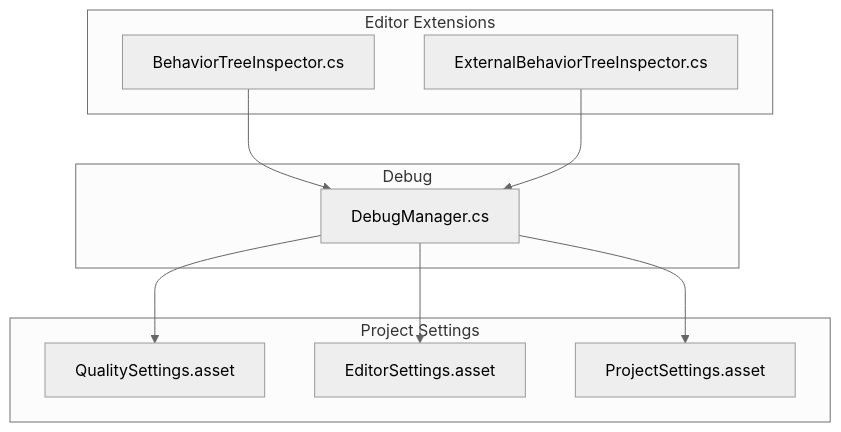
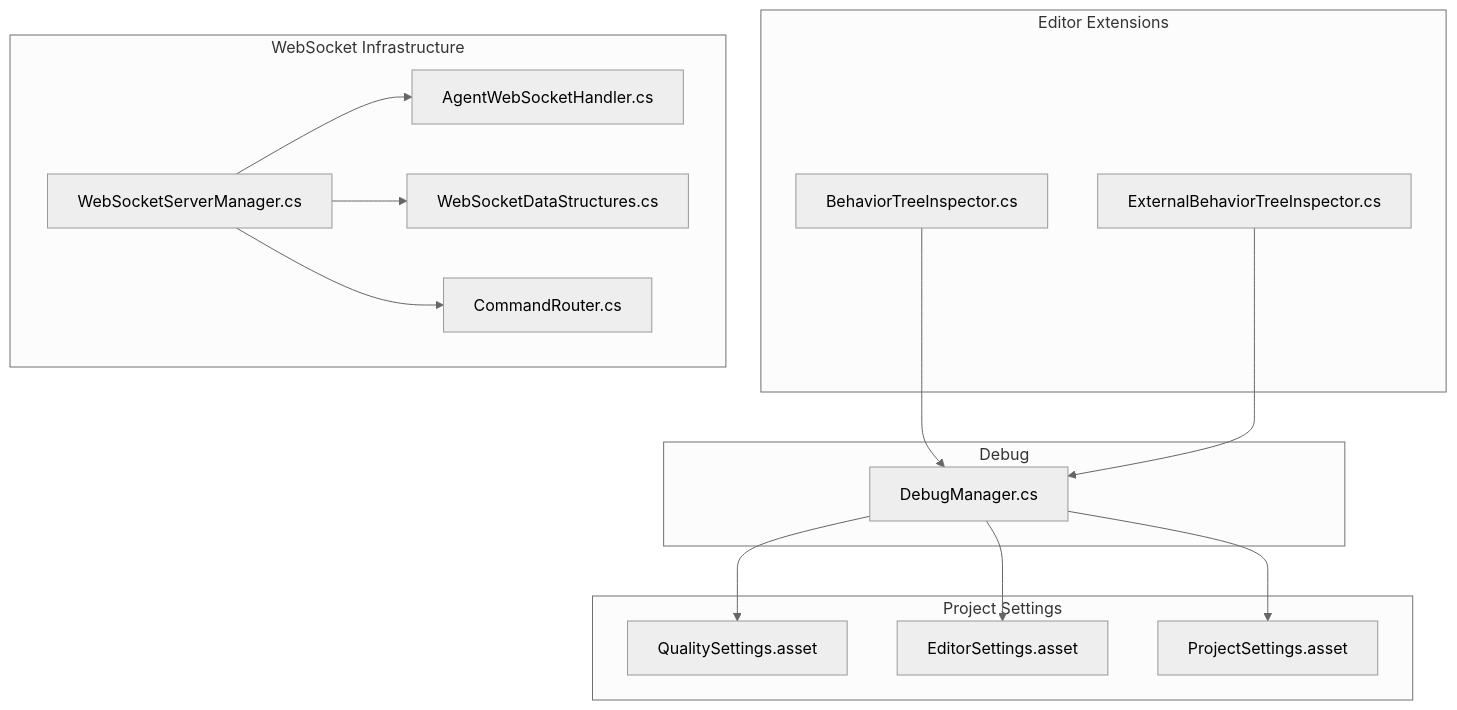
Before and after one commit to kandeng/AI-Controlled-battle-game: the first of 7 diagrams in .qoder/repowiki/en/content/Development Tools & Utilities.md, drawn with Mermaid (neutral theme). The commit also changed other lines of this file and 76 other files, not shown here.

````diff
--- a/.qoder/repowiki/en/content/Development Tools & Utilities.md
+++ b/.qoder/repowiki/en/content/Development Tools & Utilities.md
@@ -43,20 +55,29 @@
 ```mermaid
 graph TB
 subgraph "Debug"
 DM["DebugManager.cs"]
 end
 subgraph "Editor Extensions"
 BTI["BehaviorTreeInspector.cs"]
 EBTI["ExternalBehaviorTreeInspector.cs"]
+end
+subgraph "WebSocket Infrastructure"
+WSM["WebSocketServerManager.cs"]
+AWSH["AgentWebSocketHandler.cs"]
+WSDS["WebSocketDataStructures.cs"]
+CR["CommandRouter.cs"]
 end
 subgraph "Project Settings"
 QS["QualitySettings.asset"]
 ES["EditorSettings.asset"]
 PS["ProjectSettings.asset"]
 end
 DM --> QS
 DM --> ES
 DM --> PS
 BTI --> DM
 EBTI --> DM
+WSM --> AWSH
+WSM --> WSDS
+WSM --> CR
 ```
````
